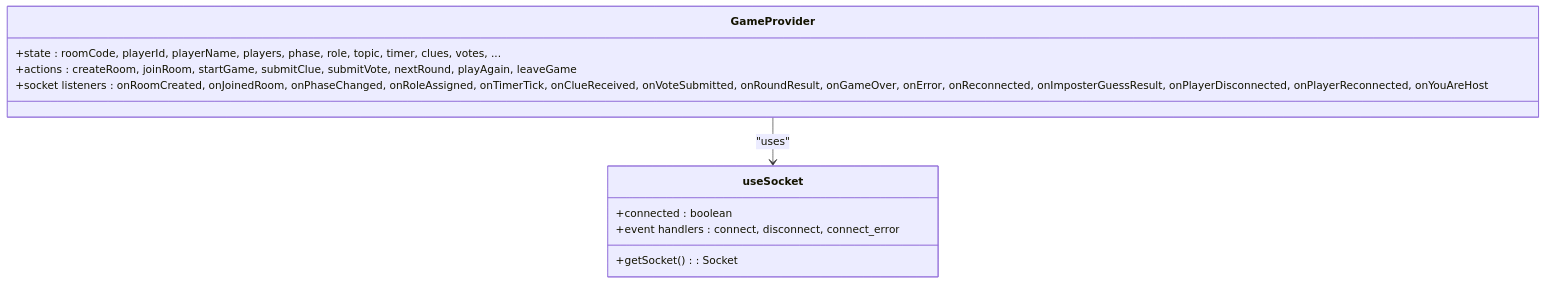
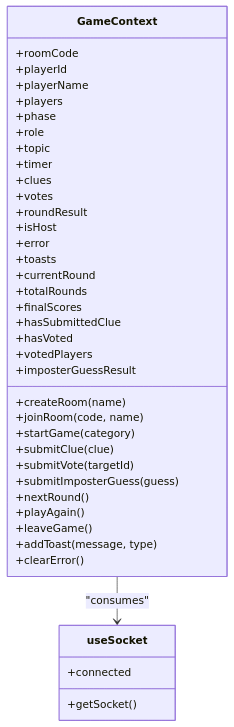
The fourth of 7 diagrams in .qoder/repowiki/en/content/Architecture Overview.md (sparshgupta001/imposter_game), drawn with Mermaid before and after one commit. The commit also changed other lines of this file and 29 other files, not shown here.

````diff
--- a/.qoder/repowiki/en/content/Architecture Overview.md
+++ b/.qoder/repowiki/en/content/Architecture Overview.md
@@ -144,14 +193,42 @@
 ```mermaid
 classDiagram
-class GameProvider {
-+state : roomCode, playerId, playerName, players, phase, role, topic, timer, clues, votes, ...
-+actions : createRoom, joinRoom, startGame, submitClue, submitVote, nextRound, playAgain, leaveGame
-+socket listeners : onRoomCreated, onJoinedRoom, onPhaseChanged, onRoleAssigned, onTimerTick, onClueReceived, onVoteSubmitted, onRoundResult, onGameOver, onError, onReconnected, onImposterGuessResult, onPlayerDisconnected, onPlayerReconnected, onYouAreHost
+class GameContext {
++roomCode
++playerId
++playerName
++players
++phase
++role
++topic
++timer
++clues
++votes
++roundResult
++isHost
++error
++toasts
++currentRound
++totalRounds
++finalScores
++hasSubmittedClue
++hasVoted
++votedPlayers
++imposterGuessResult
++createRoom(name)
++joinRoom(code, name)
++startGame(category)
++submitClue(clue)
++submitVote(targetId)
++submitImposterGuess(guess)
++nextRound()
++playAgain()
++leaveGame()
++addToast(message, type)
++clearError()
 }
 class useSocket {
-+getSocket() : Socket
-+connected : boolean
-+event handlers : connect, disconnect, connect_error
++connected
++getSocket()
 }
-GameProvider --> useSocket : "uses"
+GameContext --> useSocket : "consumes"
 ```
````
